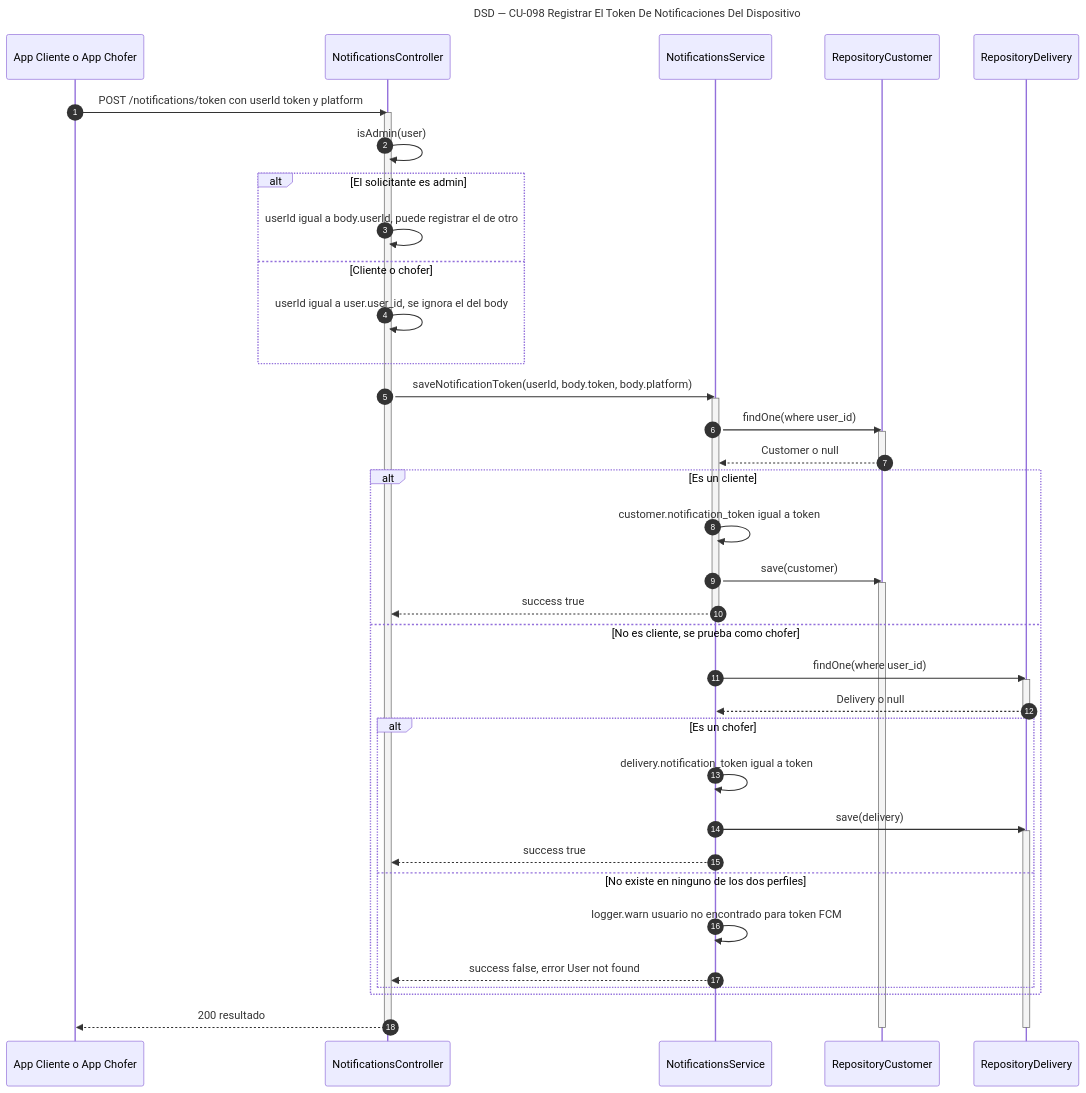
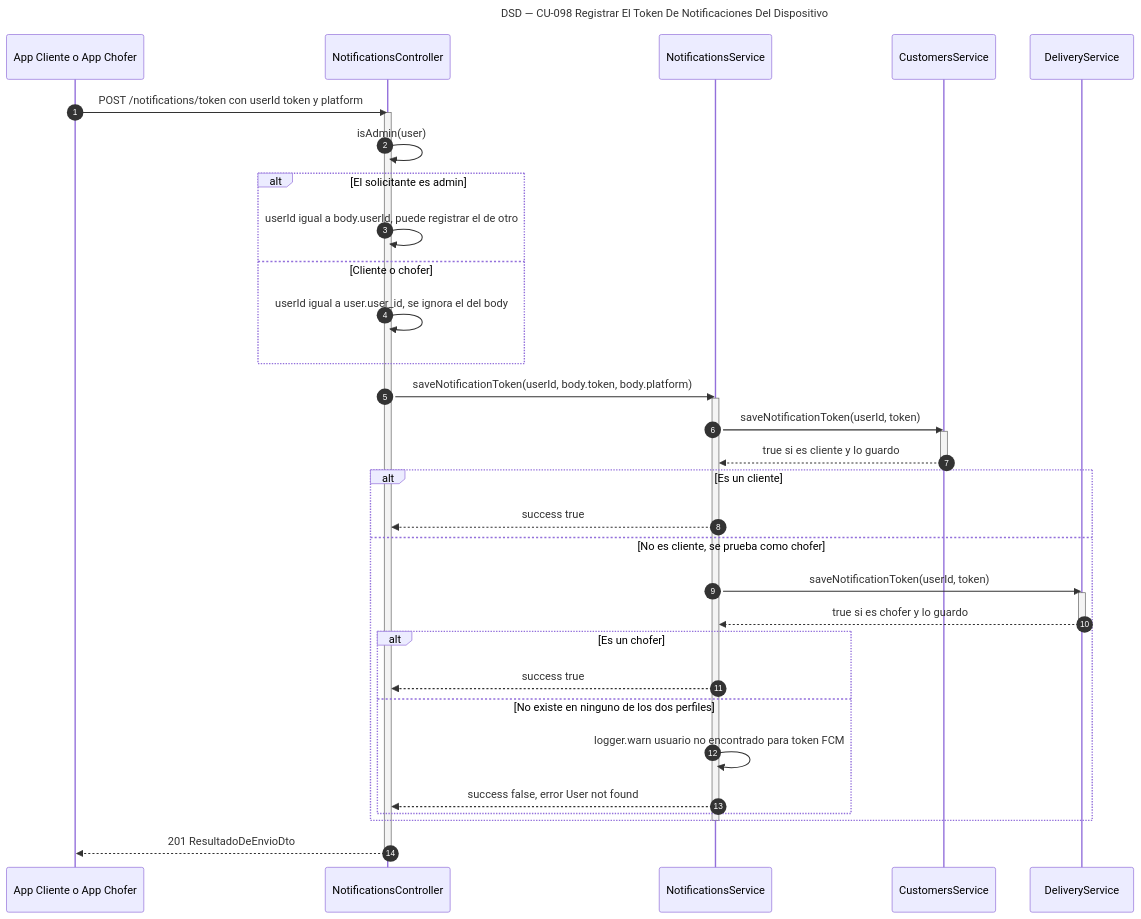
Before and after one commit to Nahuelito-Dev/splg-docs: the diagram in diagramas/DSD_CU-098_Registrar-El-Token-De-Notificaciones-Del-Dispositivo.mmd, drawn with Mermaid. The commit also changed 5 other files, not shown here.

First line of the commit message:
docs(dsd): notificaciones por CustomersService y DeliveryService; CU-021 con la identidad del socket

```diff
--- a/diagramas/DSD_CU-098_Registrar-El-Token-De-Notificaciones-Del-Dispositivo.mmd
+++ b/diagramas/DSD_CU-098_Registrar-El-Token-De-Notificaciones-Del-Dispositivo.mmd
@@ -1,48 +1,40 @@
 sequenceDiagram
     title DSD — CU-098 Registrar El Token De Notificaciones Del Dispositivo
     autonumber
     participant APP as App Cliente o App Chofer
     participant CTRL as NotificationsController
     participant SRV as NotificationsService
-    participant CREP as RepositoryCustomer
-    participant DREP as RepositoryDelivery
+    participant CSRV as CustomersService
+    participant DSRV as DeliveryService
 
     APP->>CTRL: POST /notifications/token con userId token y platform
     activate CTRL
     CTRL->>CTRL: isAdmin(user)
     alt El solicitante es admin
         CTRL->>CTRL: userId igual a body.userId, puede registrar el de otro
     else Cliente o chofer
         CTRL->>CTRL: userId igual a user.user_id, se ignora el del body
     end
     CTRL->>SRV: saveNotificationToken(userId, body.token, body.platform)
     activate SRV
-    SRV->>CREP: findOne(where user_id)
-    activate CREP
-    CREP-->>SRV: Customer o null
-    deactivate CREP
+    SRV->>CSRV: saveNotificationToken(userId, token)
+    activate CSRV
+    CSRV-->>SRV: true si es cliente y lo guardo
+    deactivate CSRV
     alt Es un cliente
-        SRV->>SRV: customer.notification_token igual a token
-        SRV->>CREP: save(customer)
-        activate CREP
         SRV-->>CTRL: success true
-        deactivate SRV
     else No es cliente, se prueba como chofer
-        SRV->>DREP: findOne(where user_id)
-        activate DREP
-        DREP-->>SRV: Delivery o null
-        deactivate DREP
+        SRV->>DSRV: saveNotificationToken(userId, token)
+        activate DSRV
+        DSRV-->>SRV: true si es chofer y lo guardo
+        deactivate DSRV
         alt Es un chofer
-            SRV->>SRV: delivery.notification_token igual a token
-            SRV->>DREP: save(delivery)
-            activate DREP
             SRV-->>CTRL: success true
         else No existe en ninguno de los dos perfiles
             SRV->>SRV: logger.warn usuario no encontrado para token FCM
             SRV-->>CTRL: success false, error User not found
         end
     end
-    CTRL-->>APP: 200 resultado
+    deactivate SRV
+    CTRL-->>APP: 201 ResultadoDeEnvioDto
     deactivate CTRL
-    deactivate DREP
-    deactivate CREP
```
